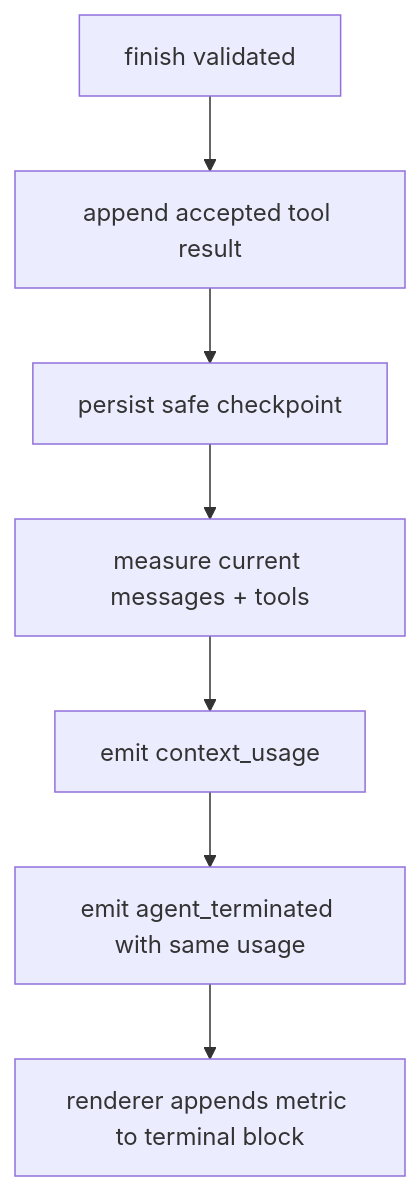
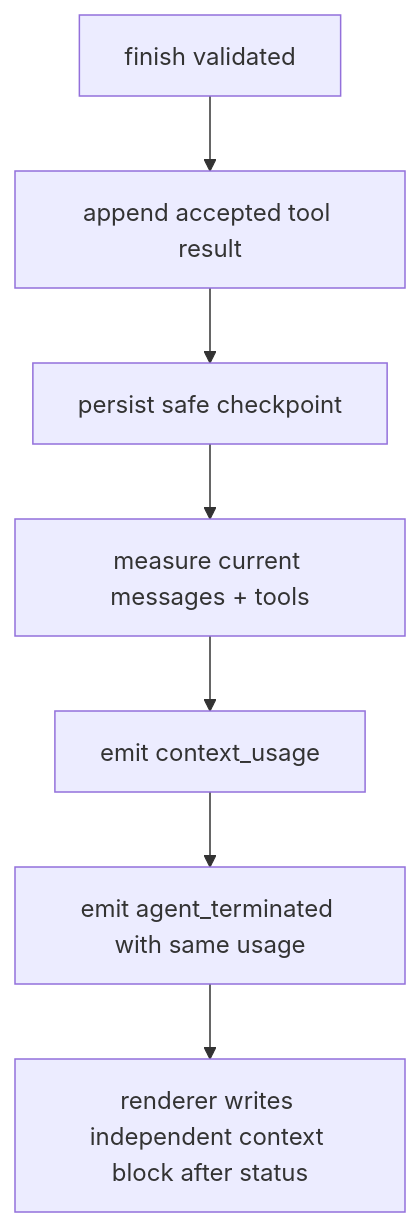
One commit to n3sRan/picode changed the third of 4 diagrams in docs/ARCHITECTURE.md. Above: the diagram before and after it, drawn with Mermaid. The commit also changed other lines of this file and 11 other files, not shown here.

````diff
--- a/docs/ARCHITECTURE.md
+++ b/docs/ARCHITECTURE.md
@@ -313,9 +313,9 @@
 ```mermaid
 flowchart TD
     A[finish validated] --> B[append accepted tool result]
     B --> C[persist safe checkpoint]
     C --> D[measure current messages + tools]
     D --> E[emit context_usage]
     E --> F[emit agent_terminated with same usage]
-    F --> G[renderer appends metric to terminal block]
+    F --> G[renderer writes independent context block after status]
 ```
````
